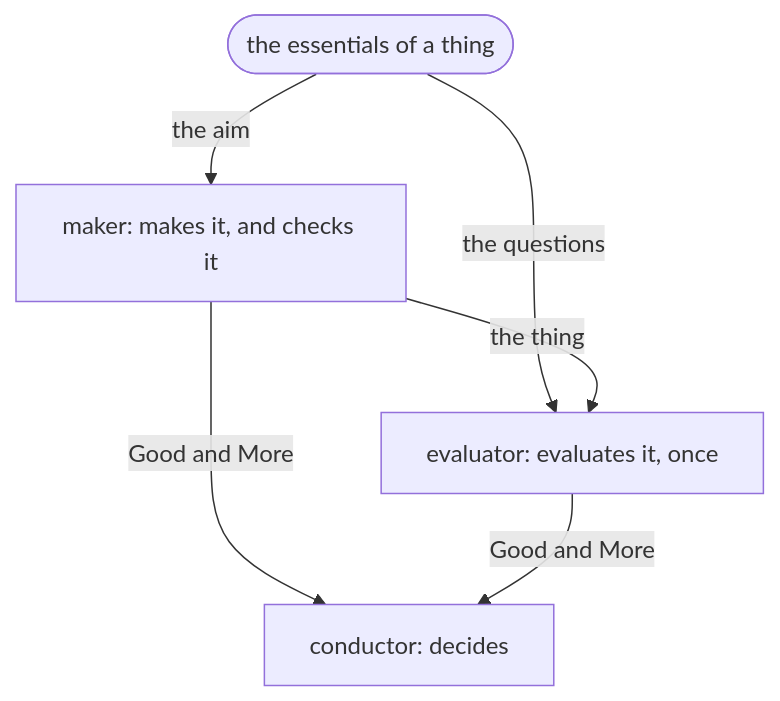
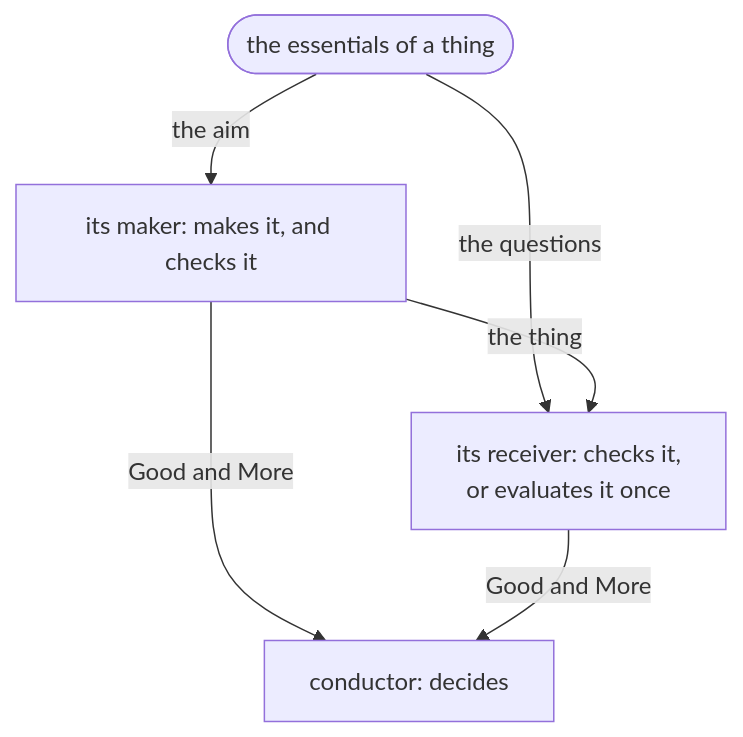
The fourth of 4 diagrams in rn/docs/design.md (lovaizu/ccpm), drawn with Mermaid before and after one commit. The commit also changed other lines of this file, not shown here.

````diff
--- a/rn/docs/design.md
+++ b/rn/docs/design.md
@@ -50,12 +135,12 @@
 ```mermaid
 flowchart TD
     E(["the essentials of a thing"])
-    M["maker: makes it, and checks it"]
-    V["evaluator: evaluates it, once"]
+    M["its maker: makes it, and checks it"]
+    V["its receiver: checks it,<br/>or evaluates it once"]
     C["conductor: decides"]
     E -->|the aim| M
     E -->|the questions| V
     M -->|the thing| V
     M -->|Good and More| C
     V -->|Good and More| C
 ```
````
